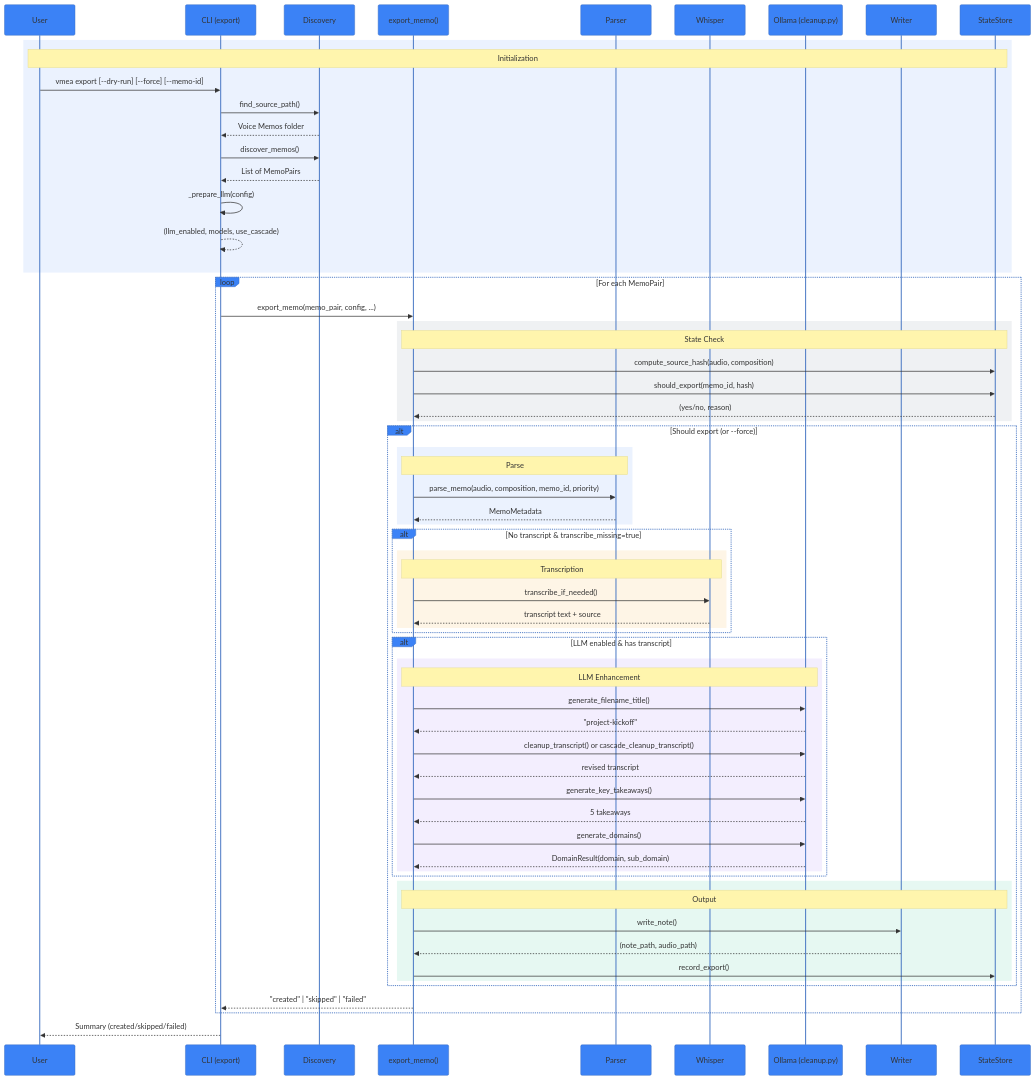
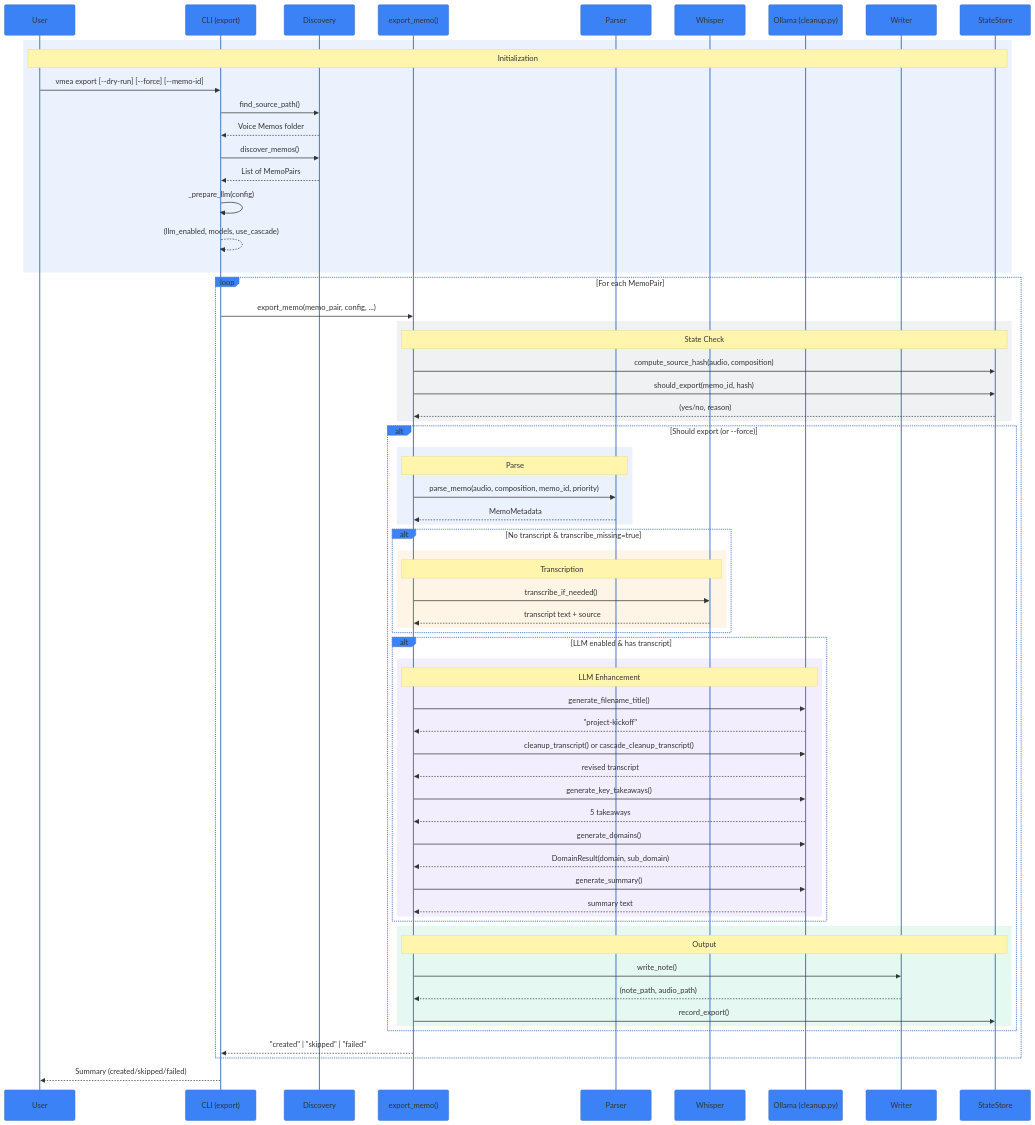
One commit to klappe-pm/vmea changed the diagram in docs/diagrams/export-sequence-diagram.md. Above: the diagram before and after it, drawn with Mermaid. The commit also changed 15 other files, not shown here.

````diff
--- a/docs/diagrams/export-sequence-diagram.md
+++ b/docs/diagrams/export-sequence-diagram.md
@@ -5,76 +5,78 @@
 ```mermaid
 %%{init: {'theme': 'base', 'themeVariables': { 'primaryColor': '#3b82f6', 'secondaryColor': '#f59e0b', 'tertiaryColor': '#8b5cf6'}}}%%
 sequenceDiagram
     participant User
     participant CLI as CLI (export)
     participant Discovery
     participant ExportMemo as export_memo()
     participant Parser
     participant Whisper
     participant Ollama as Ollama (cleanup.py)
     participant Writer
     participant State as StateStore
 
     rect rgb(59, 130, 246, 0.1)
         Note over User,State: Initialization
         User->>CLI: vmea export [--dry-run] [--force] [--memo-id]
         CLI->>Discovery: find_source_path()
         Discovery-->>CLI: Voice Memos folder
         CLI->>Discovery: discover_memos()
         Discovery-->>CLI: List of MemoPairs
         CLI->>CLI: _prepare_llm(config)
         CLI-->>CLI: (llm_enabled, models, use_cascade)
     end
     
     loop For each MemoPair
         CLI->>ExportMemo: export_memo(memo_pair, config, ...)
 
         rect rgb(100, 116, 139, 0.1)
             Note over ExportMemo,State: State Check
             ExportMemo->>State: compute_source_hash(audio, composition)
             ExportMemo->>State: should_export(memo_id, hash)
             State-->>ExportMemo: (yes/no, reason)
         end
         
         alt Should export (or --force)
             rect rgb(59, 130, 246, 0.1)
                 Note over ExportMemo,Parser: Parse
                 ExportMemo->>Parser: parse_memo(audio, composition, memo_id, priority)
                 Parser-->>ExportMemo: MemoMetadata
             end
             
             alt No transcript & transcribe_missing=true
                 rect rgb(245, 158, 11, 0.1)
                     Note over ExportMemo,Whisper: Transcription
                     ExportMemo->>Whisper: transcribe_if_needed()
                     Whisper-->>ExportMemo: transcript text + source
                 end
             end
             
             alt LLM enabled & has transcript
                 rect rgb(139, 92, 246, 0.1)
                     Note over ExportMemo,Ollama: LLM Enhancement
                     ExportMemo->>Ollama: generate_filename_title()
                     Ollama-->>ExportMemo: "project-kickoff"
                     ExportMemo->>Ollama: cleanup_transcript() or cascade_cleanup_transcript()
                     Ollama-->>ExportMemo: revised transcript
                     ExportMemo->>Ollama: generate_key_takeaways()
                     Ollama-->>ExportMemo: 5 takeaways
                     ExportMemo->>Ollama: generate_domains()
                     Ollama-->>ExportMemo: DomainResult(domain, sub_domain)
+                    ExportMemo->>Ollama: generate_summary()
+                    Ollama-->>ExportMemo: summary text
                 end
             end
             
             rect rgb(16, 185, 129, 0.1)
                 Note over ExportMemo,State: Output
                 ExportMemo->>Writer: write_note()
                 Writer-->>ExportMemo: (note_path, audio_path)
                 ExportMemo->>State: record_export()
             end
         end
 
         ExportMemo-->>CLI: "created" | "skipped" | "failed"
     end
     
     CLI-->>User: Summary (created/skipped/failed)
 ```
````
